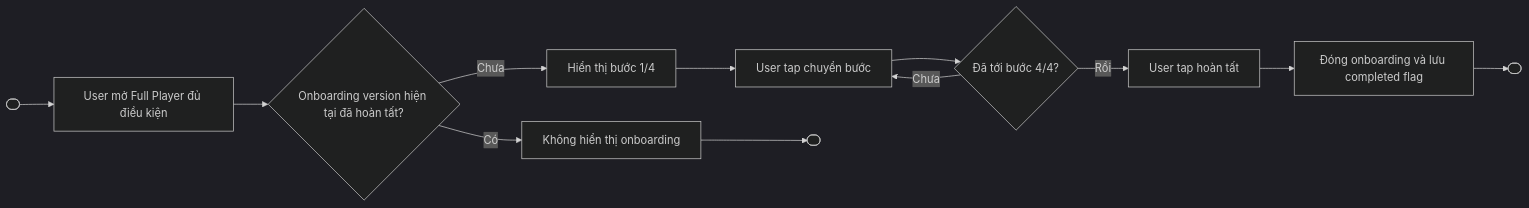
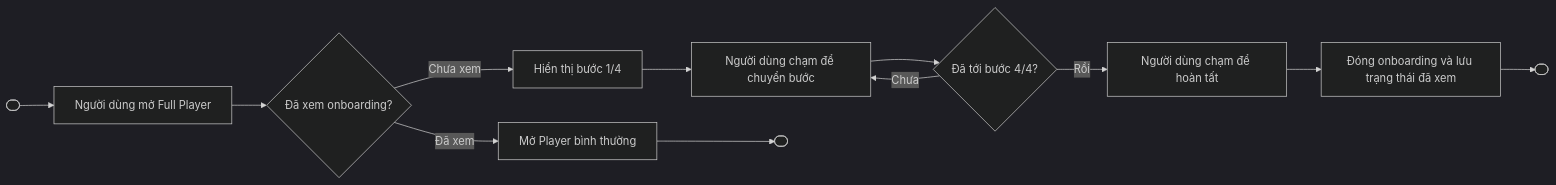
One commit to duongdang1136/FPTPLay changed the tenth of 10 diagrams in features/final-docs/Video-Player/Gesture-Video-Player/product/Gesture-Video-Player-Spec.md. Above: the diagram before and after it, drawn with Mermaid (dark theme). The commit also changed other lines of this file and 1 other file, not shown here.

Commit message:
docs: simplify Gesture onboarding rules

````diff
--- a/features/final-docs/Video-Player/Gesture-Video-Player/product/Gesture-Video-Player-Spec.md
+++ b/features/final-docs/Video-Player/Gesture-Video-Player/product/Gesture-Video-Player-Spec.md
@@ -579,14 +579,14 @@
 ```mermaid
 flowchart LR
- Start([" "]) --> A["User mở Full Player đủ điều kiện"]
- A --> B{"Onboarding version hiện tại đã hoàn tất?"}
- B -- Có --> C["Không hiển thị onboarding"]
- B -- Chưa --> D["Hiển thị bước 1/4"]
- D --> E["User tap chuyển bước"]
+ Start([" "]) --> A["Người dùng mở Full Player"]
+ A --> B{"Đã xem onboarding?"}
+ B -- "Đã xem" --> C["Mở Player bình thường"]
+ B -- "Chưa xem" --> D["Hiển thị bước 1/4"]
+ D --> E["Người dùng chạm để chuyển bước"]
  E --> F{"Đã tới bước 4/4?"}
  F -- Chưa --> E
- F -- Rồi --> G["User tap hoàn tất"]
- G --> H["Đóng onboarding và lưu completed flag"]
+ F -- Rồi --> G["Người dùng chạm để hoàn tất"]
+ G --> H["Đóng onboarding và lưu trạng thái đã xem"]
  C --> End1([" "])
  H --> End2([" "])
 ```
````
